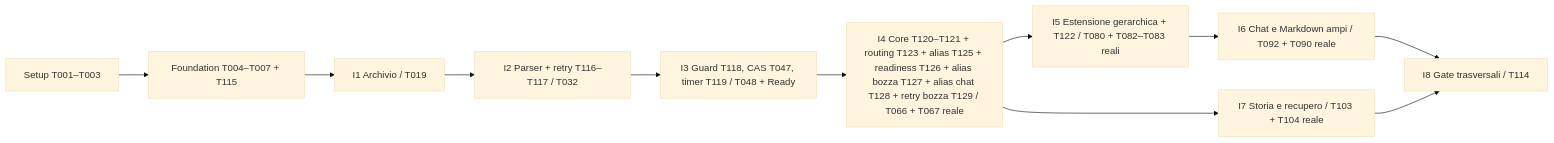
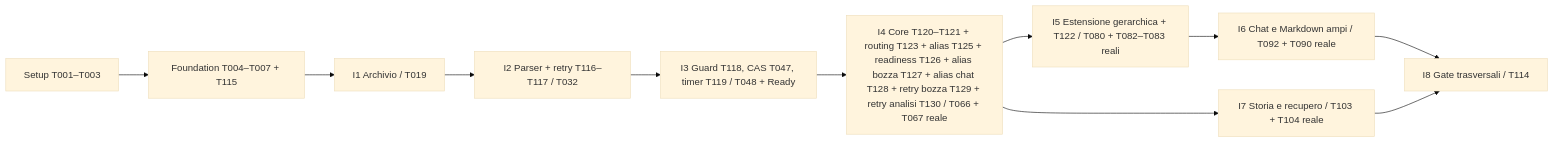
Before and after one commit to babbubba/bProjects: the diagram in specs/002-project-documents/tasks.md, drawn with Mermaid (base theme). The commit also changed other lines of this file and 1 other file, not shown here.

Commit message:
docs(002): contratto retry guidato dell'analisi e task T130

````diff
--- a/specs/002-project-documents/tasks.md
+++ b/specs/002-project-documents/tasks.md
@@ -371,13 +372,13 @@
 ```mermaid
 flowchart LR
   S["Setup T001–T003"] --> F["Foundation T004–T007 + T115"]
   F --> I1["I1 Archivio / T019"]
   I1 --> I2["I2 Parser + retry T116–T117 / T032"]
   I2 --> I3["I3 Guard T118, CAS T047, timer T119 / T048 + Ready"]
-  I3 --> I4["I4 Core T120–T121 + routing T123 + alias T125 + readiness T126 + alias bozza T127 + alias chat T128 + retry bozza T129 / T066 + T067 reale"]
+  I3 --> I4["I4 Core T120–T121 + routing T123 + alias T125 + readiness T126 + alias bozza T127 + alias chat T128 + retry bozza T129 + retry analisi T130 / T066 + T067 reale"]
   I4 --> I5["I5 Estensione gerarchica + T122 / T080 + T082–T083 reali"]
   I5 --> I6["I6 Chat e Markdown ampi / T092 + T090 reale"]
   I4 --> I7["I7 Storia e recupero / T103 + T104 reale"]
   I6 --> I8["I8 Gate trasversali / T114"]
   I7 --> I8
 ```
````
